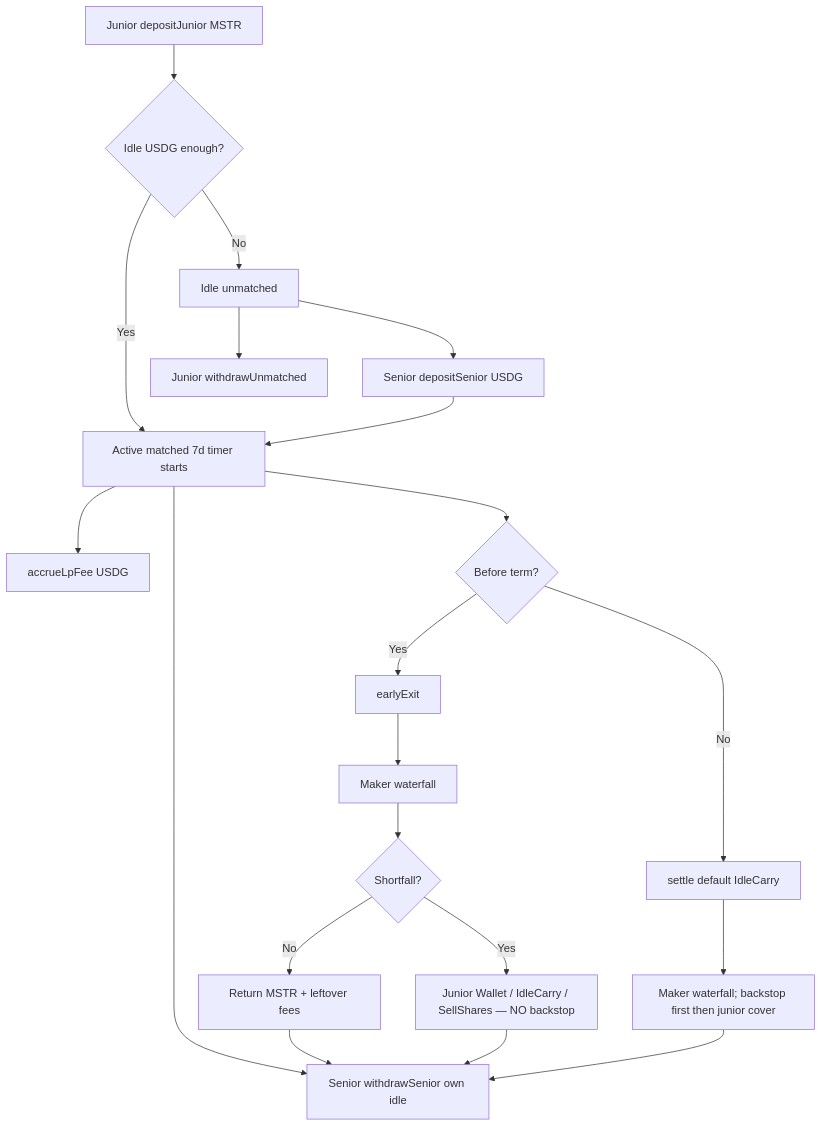
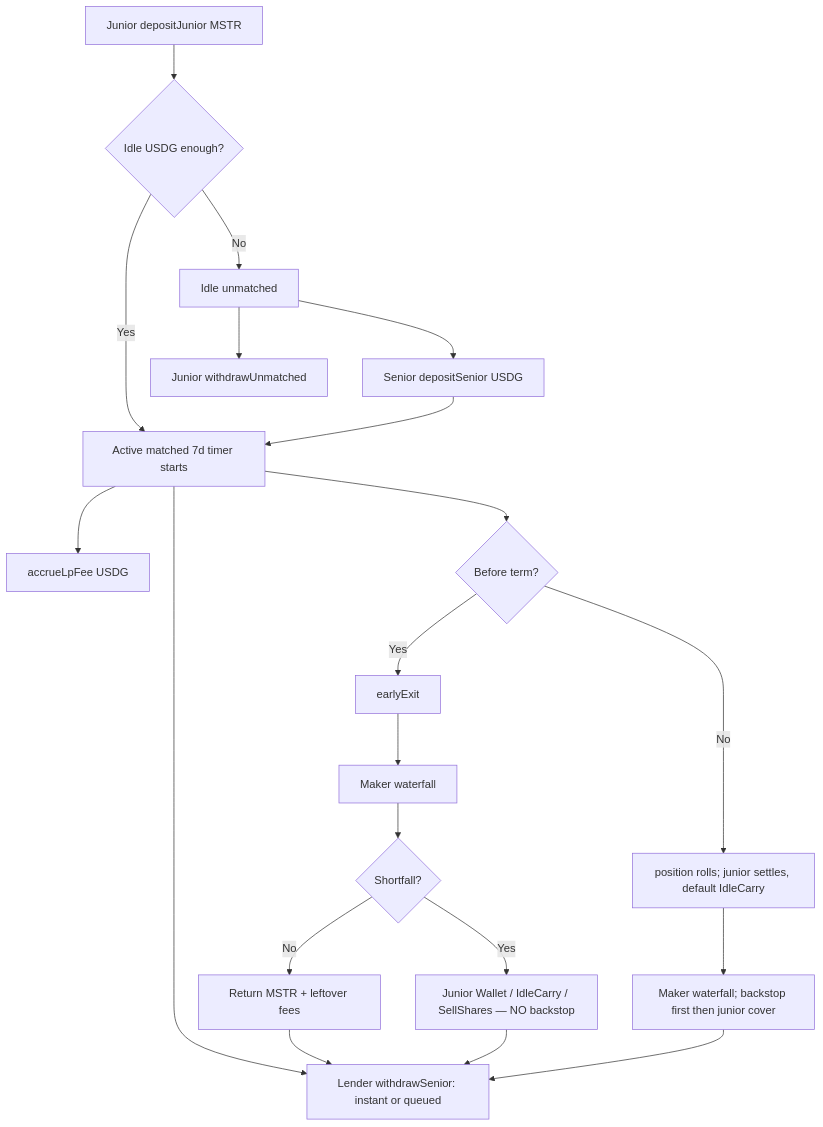
The diagram in CARRY_CONTRACT.md (makerlee0x/carry), drawn with Mermaid before and after one commit. The commit also changed other lines of this file and 14 other files, not shown here.

````diff
--- a/CARRY_CONTRACT.md
+++ b/CARRY_CONTRACT.md
@@ -74,22 +78,22 @@
 ```mermaid
 flowchart TD
   A[Junior depositJunior MSTR] --> B{Idle USDG enough?}
   B -->|No| C[Idle unmatched]
   B -->|Yes| D[Active matched 7d timer starts]
   C --> E[Senior depositSenior USDG]
   E --> D
   C --> F[Junior withdrawUnmatched]
   D --> G[accrueLpFee USDG]
   D --> H{Before term?}
   H -->|Yes| I[earlyExit]
   I --> I1[Maker waterfall]
   I1 --> I2{Shortfall?}
   I2 -->|No| I3[Return MSTR + leftover fees]
   I2 -->|Yes| I4[Junior Wallet / IdleCarry / SellShares — NO backstop]
-  H -->|No| J[settle default IdleCarry]
+  H -->|No| J[position rolls; junior settles, default IdleCarry]
   J --> J1[Maker waterfall; backstop first then junior cover]
-  D --> K[Senior withdrawSenior own idle]
+  D --> K[Lender withdrawSenior: instant or queued]
   I3 --> K
   I4 --> K
   J1 --> K
 ```
````
